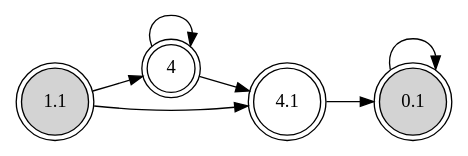
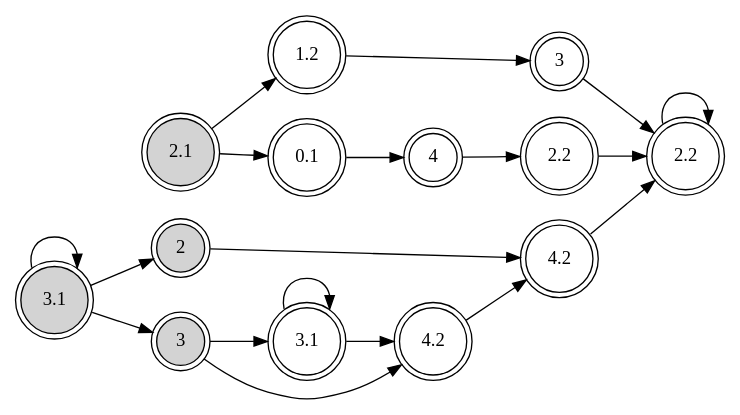
One commit to Tj-Cong/EnPAC_2021_RD changed the diagram in cmake-build-debug/SBA.dot. Above: the diagram before and after it, drawn with Graphviz. The commit also changed 53 other files, not shown here.

```diff
--- a/cmake-build-debug/SBA.dot
+++ b/cmake-build-debug/SBA.dot
@@ -1,14 +1,35 @@
 digraph SBA{
 	rankdir=LR
-	0 [shape=doublecircle,style=filled,label="0.1"]
-	1 [shape=doublecircle,style=filled,label="1.1"]
-	2 [shape=doublecircle,label="4"]
-	3 [shape=doublecircle,label="4.1"]
+	0 [shape=doublecircle,style=filled,label="2"]
+	1 [shape=doublecircle,style=filled,label="3"]
+	2 [shape=doublecircle,style=filled,label="3.1"]
+	3 [shape=doublecircle,style=filled,label="2.1"]
+	4 [shape=doublecircle,label="1.2"]
+	5 [shape=doublecircle,label="0.1"]
+	9 [shape=doublecircle,label="3.1"]
+	10 [shape=doublecircle,label="4.2"]
+	11 [shape=doublecircle,label="4.2"]
+	12 [shape=doublecircle,label="4"]
+	13 [shape=doublecircle,label="3"]
+	14 [shape=doublecircle,label="2.2"]
+	15 [shape=doublecircle,label="2.2"]
 
-	0->0
-	1->2
-	1->3
+	0->11
+	1->9
+	1->10
+	2->0
+	2->1
 	2->2
-	2->3
-	3->0
+	3->4
+	3->5
+	4->13
+	5->12
+	9->9
+	9->10
+	10->11
+	11->14
+	12->15
+	13->14
+	14->14
+	15->14
 }
```
